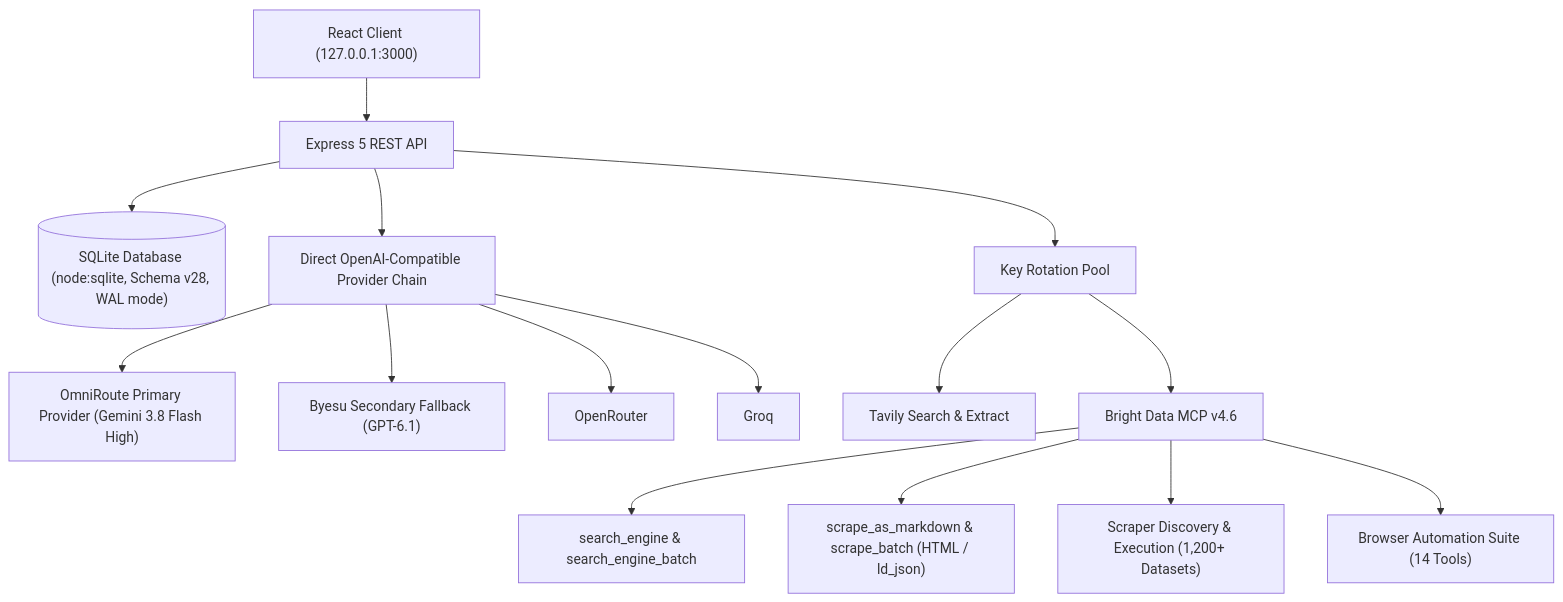
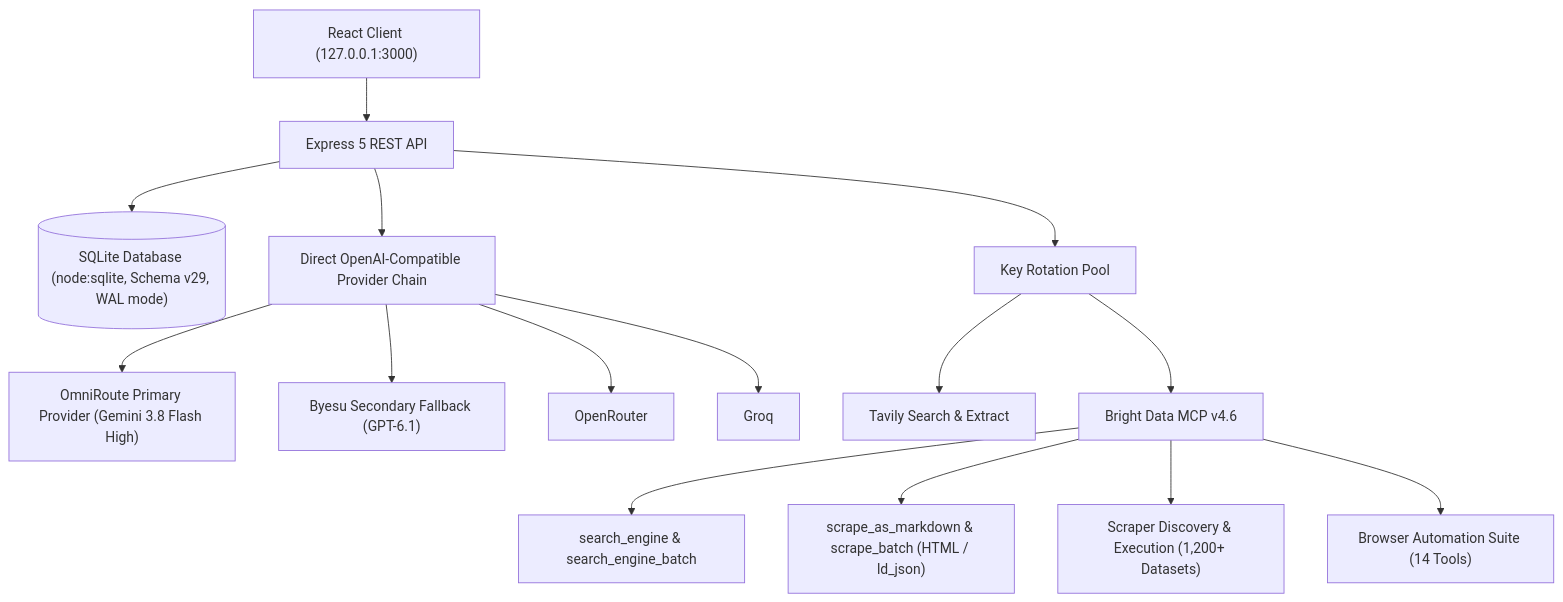
One commit to AliasHolmes/Apex-CRM changed the second of 2 diagrams in README.md. Above: the diagram before and after it, drawn with Mermaid. The commit also changed other lines of this file and 25 other files, not shown here.

Commit message:
feat(schema): advance to Schema v29, extract socket guard, and harden cross-path dedupe symmetry

````diff
--- a/README.md
+++ b/README.md
@@ -245,19 +250,19 @@
 ```mermaid
 graph TD
     UI["React Client (127.0.0.1:3000)"] --> API["Express 5 REST API"]
-    API --> DB[("SQLite Database (node:sqlite, Schema v28, WAL mode)")]
+    API --> DB[("SQLite Database (node:sqlite, Schema v29, WAL mode)")]
 
     API --> Direct["Direct OpenAI-Compatible Provider Chain"]
     Direct --> Primary["OmniRoute Primary Provider (Gemini 3.8 Flash High)"]
     Direct --> Secondary["Byesu Secondary Fallback (GPT-6.1)"]
     Direct --> OpenRouter["OpenRouter"]
     Direct --> Groq["Groq"]
 
     API --> KeyRotator["Key Rotation Pool"]
     KeyRotator --> Tavily["Tavily Search & Extract"]
     KeyRotator --> MCP["Bright Data MCP v4.6"]
     MCP --> BDSearch["search_engine & search_engine_batch"]
     MCP --> BDScrape["scrape_as_markdown & scrape_batch (HTML / ld_json)"]
     MCP --> BDScraper["Scraper Discovery & Execution (1,200+ Datasets)"]
     MCP --> BDBrowser["Browser Automation Suite (14 Tools)"]
 ```
````
